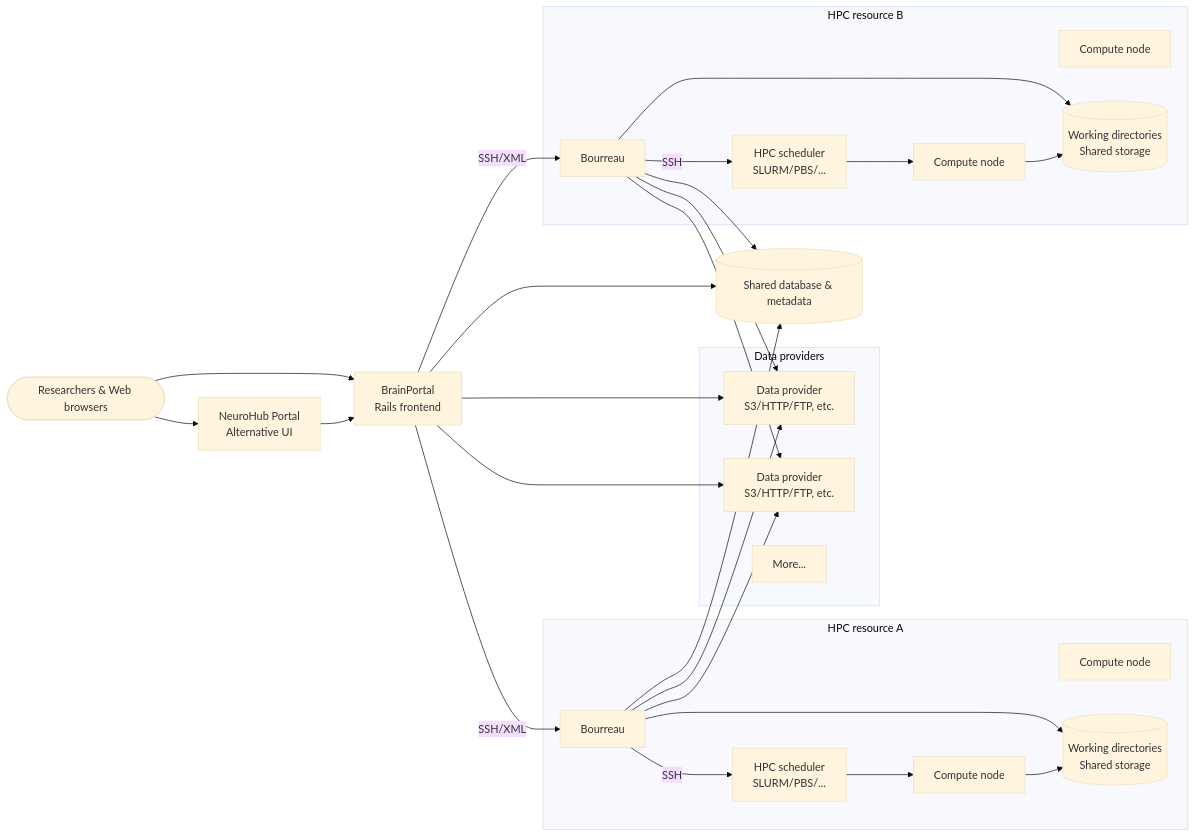
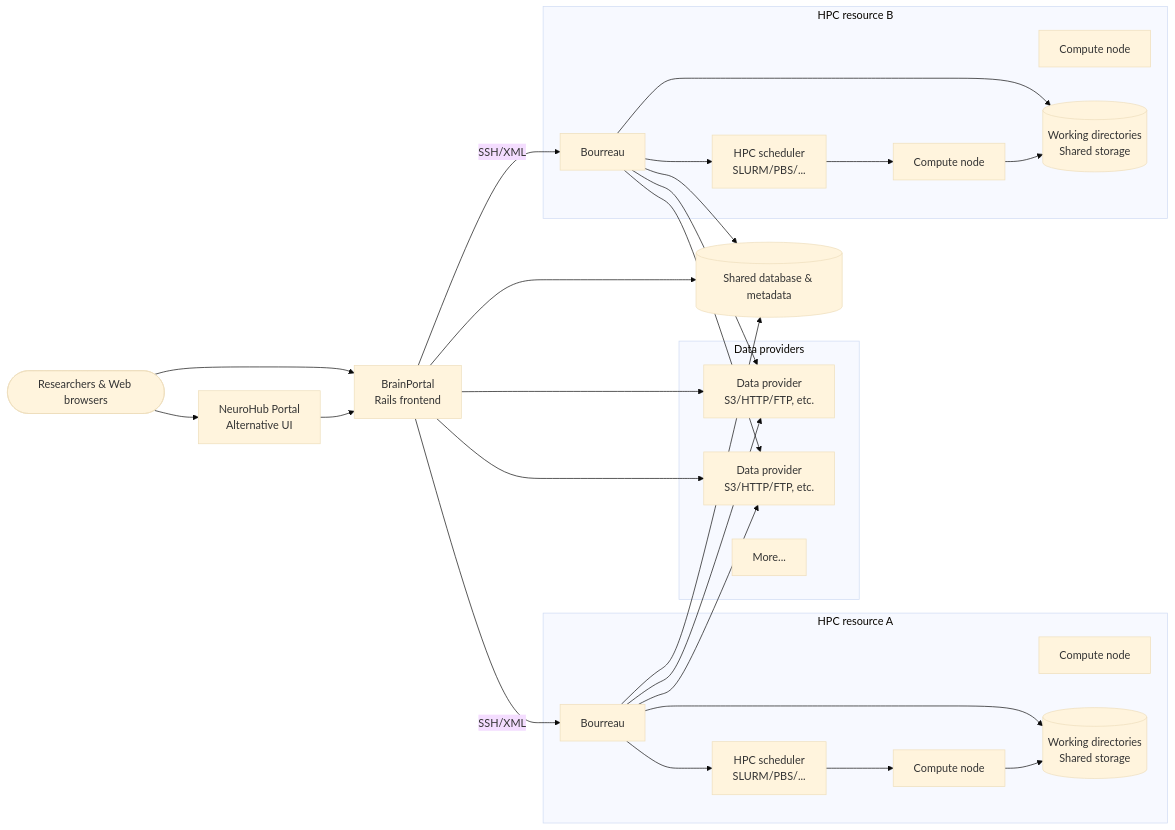
Before and after one commit to aces/cbrain: the diagram in README.md, drawn with Mermaid (base theme). The commit also changed other lines of this file, not shown here.

Commit message:
Remove SSH labels for scheduler links

````diff
--- a/README.md
+++ b/README.md
@@ -25,47 +25,47 @@
 ```mermaid
 flowchart LR
   Users([Researchers & Web browsers])
   NH[NeuroHub Portal<br/>Alternative UI]
   BP[BrainPortal<br/>Rails frontend]
   DB[(Shared database & metadata)]
   subgraph DataProviders[Data providers]
     DP1[Data provider<br/>S3/HTTP/FTP, etc.]
     DP2[Data provider<br/>S3/HTTP/FTP, etc.]
     DP3[More...]
   end
   subgraph ResourceA[HPC resource A]
     BO1[Bourreau]
     Sched1[HPC scheduler<br/>SLURM/PBS/...]
     Compute1[Compute node]
     Compute2[Compute node]
     Scratch1[(Working directories<br/>Shared storage)]
   end
   subgraph ResourceB[HPC resource B]
     BO2[Bourreau]
     Sched2[HPC scheduler<br/>SLURM/PBS/...]
     Compute3[Compute node]
     Compute4[Compute node]
     Scratch2[(Working directories<br/>Shared storage)]
   end
 
   Users --> BP
   Users --> NH
   NH --> BP
   BP --> DB
   BP --> DP1
   BP --> DP2
   BP -->|SSH/XML| BO1
   BP -->|SSH/XML| BO2
   BO1 --> DP1
   BO1 --> DP2
   BO2 --> DP1
   BO2 --> DP2
   BO1 --> DB
   BO2 --> DB
-  BO1 -->|SSH| Sched1 --> Compute1
-  BO2 -->|SSH| Sched2 --> Compute3
+  BO1 --> Sched1 --> Compute1
+  BO2 --> Sched2 --> Compute3
   BO1 --> Scratch1
   BO2 --> Scratch2
   Compute1 --> Scratch1
   Compute3 --> Scratch2
 ```
````
